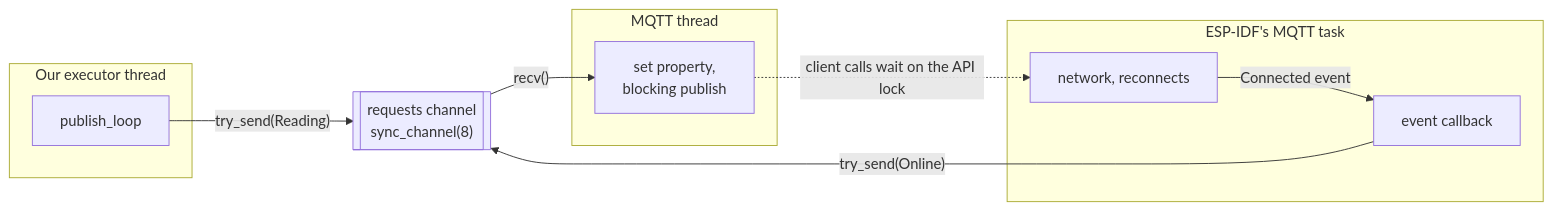
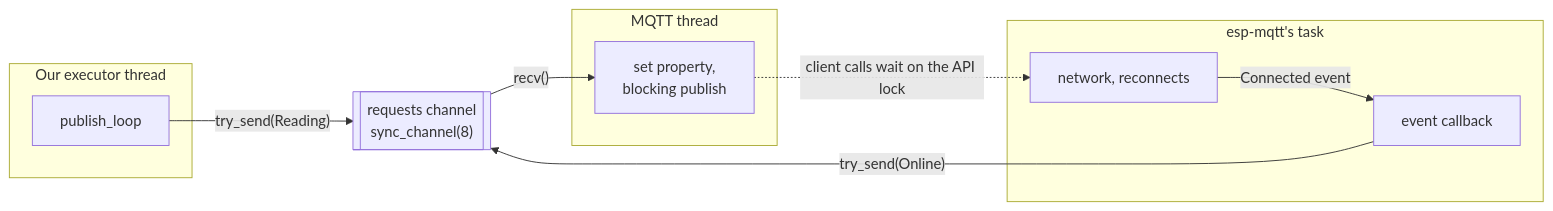
Before and after one commit to KrappRamiro/lector-humedad: the diagram in docs/superpowers/specs/2026-10-15-mqtt-integration-design.md, drawn with Mermaid. The commit also changed other lines of this file and 1 other file, not shown here.

First line of the commit message:
docs: update the MQTT spec and plan for ESP-IDF v6.1

````diff
--- a/docs/superpowers/specs/2026-10-15-mqtt-integration-design.md
+++ b/docs/superpowers/specs/2026-10-15-mqtt-integration-design.md
@@ -199,20 +216,20 @@
 ```mermaid
 flowchart LR
     subgraph exec["Our executor thread"]
         PL["publish_loop"]
     end
     CH[["requests channel<br/>sync_channel(8)"]]
     subgraph mqtt["MQTT thread"]
         PUB["set property,<br/>blocking publish"]
     end
-    subgraph idf["ESP-IDF's MQTT task"]
+    subgraph idf["esp-mqtt's task"]
         NET["network, reconnects"]
         CB["event callback"]
     end
 
     PL -- "try_send(Reading)" --> CH
     CB -- "try_send(Online)" --> CH
     CH -- "recv()" --> PUB
     PUB -. "client calls wait on the API lock" .-> NET
     NET -- "Connected event" --> CB
 ```
````
